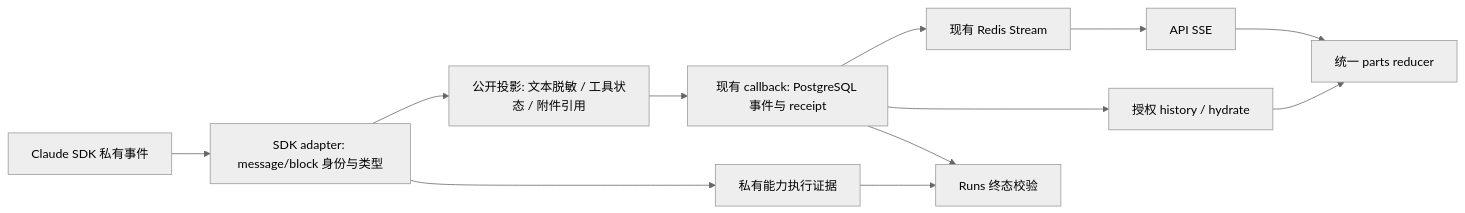
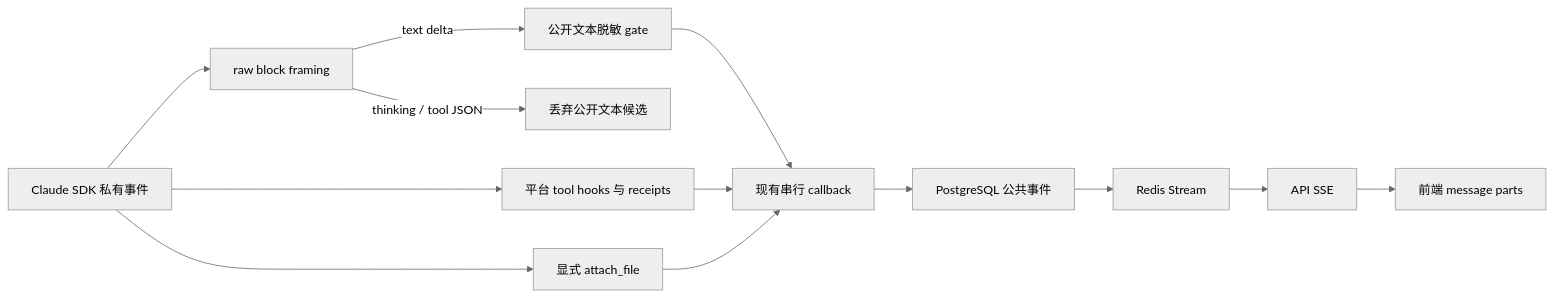
One commit to demonsxxxxxx/ai-platform changed the diagram in docs/implementation/streaming-message-parts-design.md. Above: the diagram before and after it, drawn with Mermaid (neutral theme). The commit also changed other lines of this file and 14 other files, not shown here.

Commit message:
fix(execution): stream public assistant text without turn buffering

````diff
--- a/docs/implementation/streaming-message-parts-design.md
+++ b/docs/implementation/streaming-message-parts-design.md
@@ -84,14 +65,15 @@
 ```mermaid
 flowchart LR
-  SDK[Claude SDK 私有事件] --> N[SDK adapter: message/block 身份与类型]
-  N --> P[公开投影: 文本脱敏 / 工具状态 / 附件引用]
-  N --> E[私有能力执行证据]
-  P --> C[现有 callback: PostgreSQL 事件与 receipt]
-  C --> R[现有 Redis Stream]
+  SDK[Claude SDK 私有事件] --> F[raw block framing]
+  F -->|text delta| G[公开文本脱敏 gate]
+  F -->|thinking / tool JSON| X[丢弃公开文本候选]
+  G --> C[现有串行 callback]
+  C --> P[PostgreSQL 公共事件]
+  P --> R[Redis Stream]
   R --> S[API SSE]
-  S --> UI[统一 parts reducer]
-  C --> H[授权 history / hydrate]
-  H --> UI
-  E --> RUN[Runs 终态校验]
-  C --> RUN
+  S --> UI[前端 message parts]
+  SDK --> T[平台 tool hooks 与 receipts]
+  T --> C
+  SDK --> A[显式 attach_file]
+  A --> C
 ```
````
